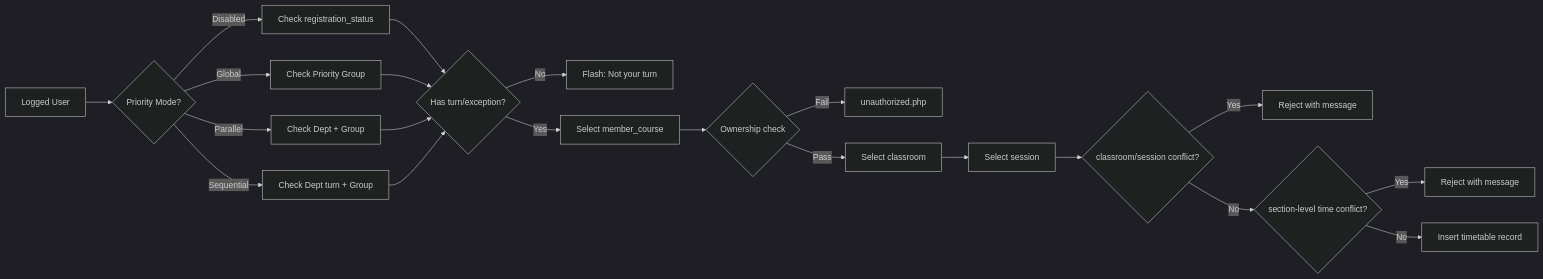
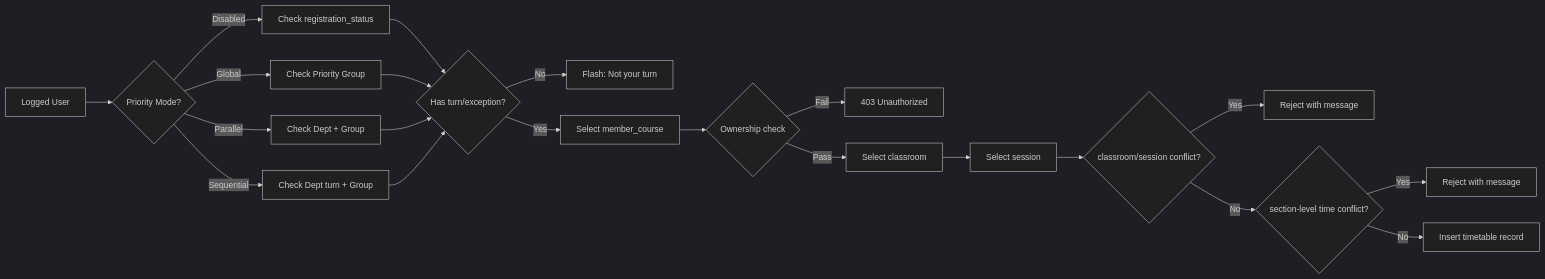
The third of 4 diagrams in docs/site-blueprint-ar.md (alishaqrany/faculty-timetable), drawn with Mermaid (dark theme) before and after one commit. The commit also changed other lines of this file and 8 other files, not shown here.

````diff
--- a/docs/site-blueprint-ar.md
+++ b/docs/site-blueprint-ar.md
@@ -30,23 +59,23 @@
 ```mermaid
 flowchart LR
     U[Logged User] --> P{Priority Mode?}
     P -->|Disabled| R1[Check registration_status]
     P -->|Global| R2[Check Priority Group]
     P -->|Parallel| R3[Check Dept + Group]
     P -->|Sequential| R4[Check Dept turn + Group]
     
     R1 & R2 & R3 & R4 --> V0{Has turn/exception?}
     V0 -->|No| X0[Flash: Not your turn]
     V0 -->|Yes| MC[Select member_course]
     
     MC --> V1{Ownership check}
-    V1 -->|Fail| X1[unauthorized.php]
+    V1 -->|Fail| X1[403 Unauthorized]
     V1 -->|Pass| CL[Select classroom]
     CL --> SS[Select session]
     
     SS --> V3{classroom/session conflict?}
     V3 -->|Yes| X3[Reject with message]
     V3 -->|No| V4{section-level time conflict?}
     V4 -->|Yes| X4[Reject with message]
     V4 -->|No| OK[Insert timetable record]
 ```
````
